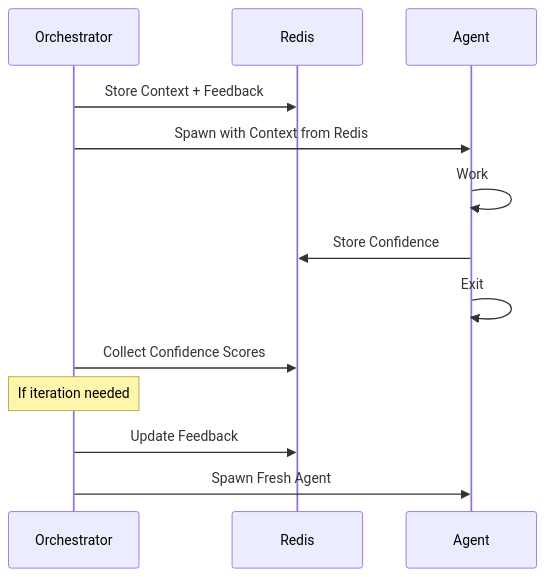
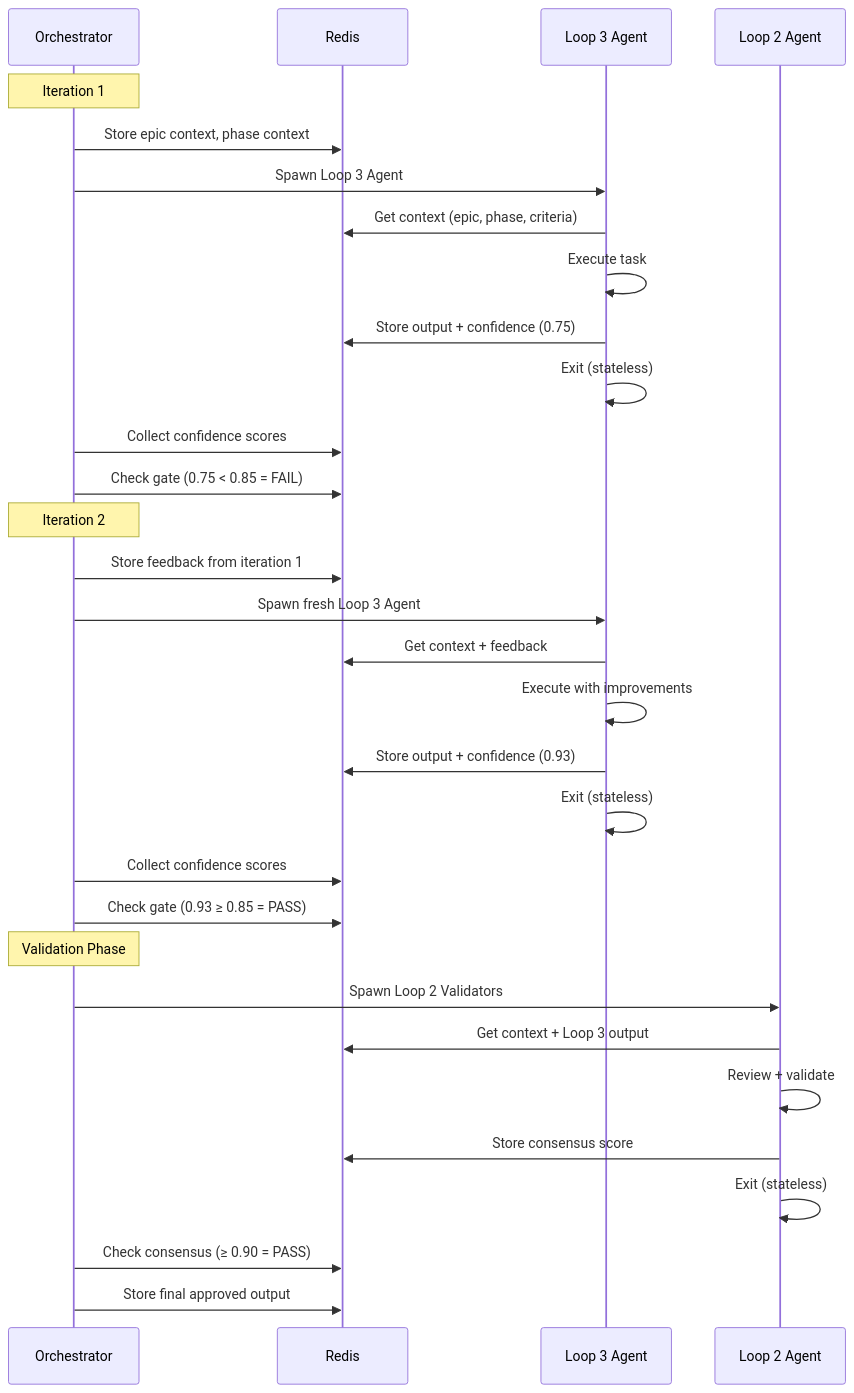
The fourth of 5 diagrams in readme/cfn-loop-flow-diagram.md (masharratt/claude-flow-novice), drawn with Mermaid before and after one commit. The commit also changed other lines of this file and 144 other files, not shown here.

````diff
--- a/readme/cfn-loop-flow-diagram.md
+++ b/readme/cfn-loop-flow-diagram.md
@@ -53,17 +245,39 @@
 ```mermaid
 sequenceDiagram
     participant O as Orchestrator
     participant R as Redis
-    participant A as Agent
+    participant A3 as Loop 3 Agent
+    participant A2 as Loop 2 Agent
 
-    O->>R: Store Context + Feedback
-    O->>A: Spawn with Context from Redis
-    A->>A: Work
-    A->>R: Store Confidence
-    A->>A: Exit
-    O->>R: Collect Confidence Scores
+    Note over O: Iteration 1
+    O->>R: Store epic context, phase context
+    O->>A3: Spawn Loop 3 Agent
+    A3->>R: Get context (epic, phase, criteria)
+    A3->>A3: Execute task
+    A3->>R: Store output + confidence (0.75)
+    A3->>A3: Exit (stateless)
 
-    Note over O: If iteration needed
-    O->>R: Update Feedback
-    O->>A: Spawn Fresh Agent
+    O->>R: Collect confidence scores
+    O->>R: Check gate (0.75 < 0.85 = FAIL)
+
+    Note over O: Iteration 2
+    O->>R: Store feedback from iteration 1
+    O->>A3: Spawn fresh Loop 3 Agent
+    A3->>R: Get context + feedback
+    A3->>A3: Execute with improvements
+    A3->>R: Store output + confidence (0.93)
+    A3->>A3: Exit (stateless)
+
+    O->>R: Collect confidence scores
+    O->>R: Check gate (0.93 ≥ 0.85 = PASS)
+
+    Note over O: Validation Phase
+    O->>A2: Spawn Loop 2 Validators
+    A2->>R: Get context + Loop 3 output
+    A2->>A2: Review + validate
+    A2->>R: Store consensus score
+    A2->>A2: Exit (stateless)
+
+    O->>R: Check consensus (≥ 0.90 = PASS)
+    O->>R: Store final approved output
 ```
````
